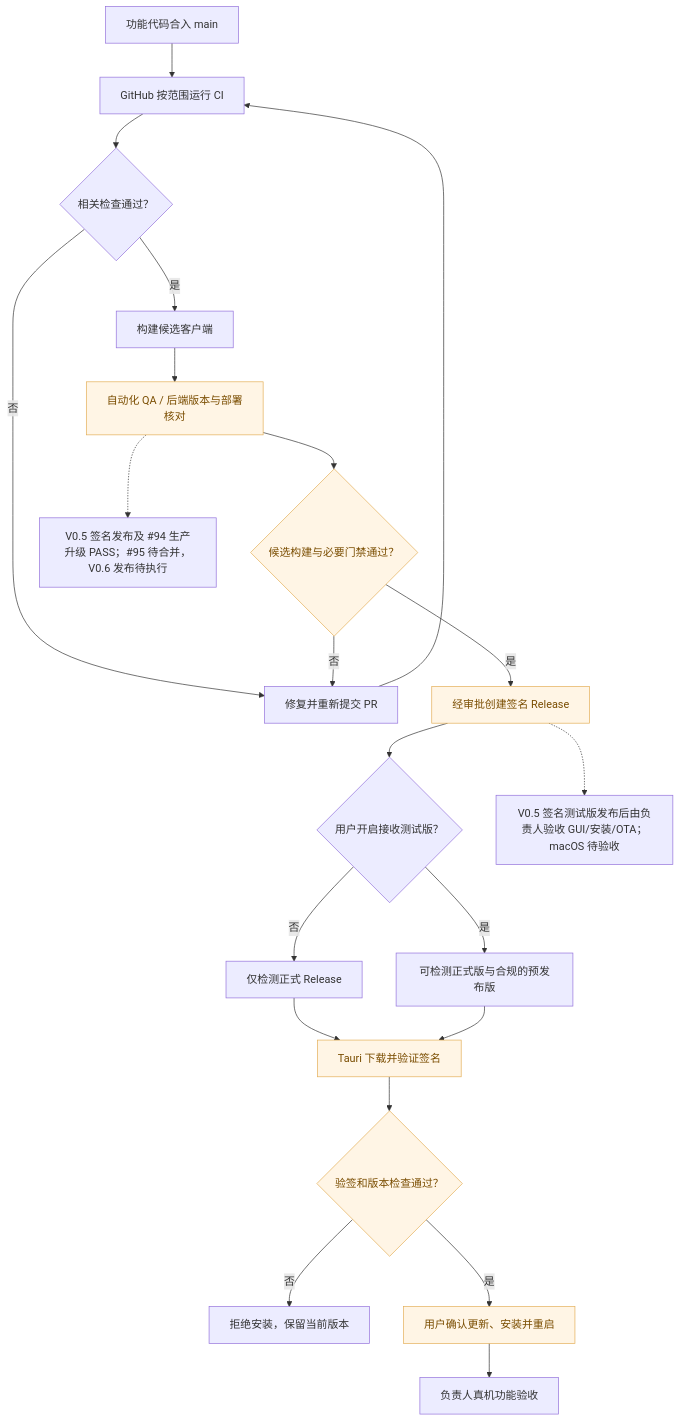
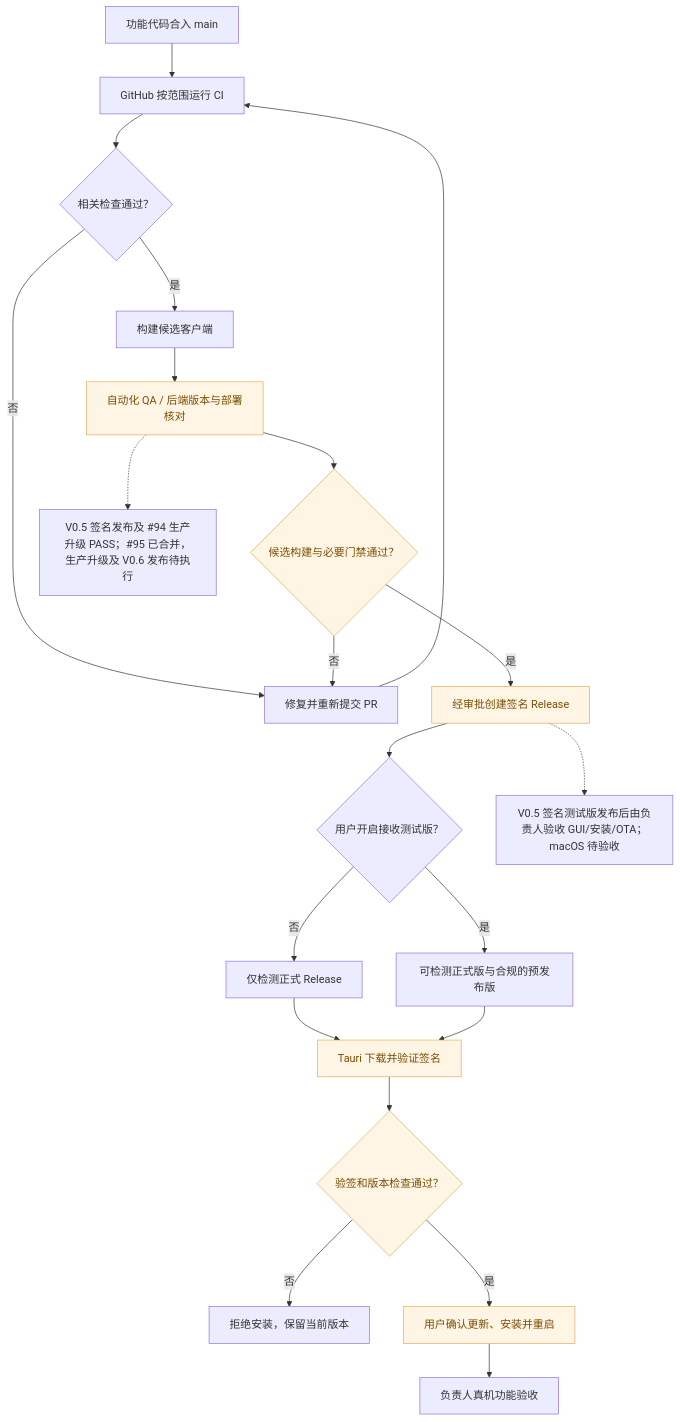
Before and after one commit to Fan6512/una-seller: the ninth of 9 diagrams in docs/product/FEATURE-STATUS.md, drawn with Mermaid. The commit also changed other lines of this file, not shown here.

```diff
--- a/docs/product/FEATURE-STATUS.md
+++ b/docs/product/FEATURE-STATUS.md
@@ -392,27 +393,27 @@
 ~~~mermaid
 flowchart TD
     A["功能代码合入 main"] --> B["GitHub 按范围运行 CI"]
     B --> C{"相关检查通过？"}
     C -->|否| D["修复并重新提交 PR"]
     D --> B
     C -->|是| E["构建候选客户端"]
     E --> F["自动化 QA / 后端版本与部署核对"]
     F --> G{"候选构建与必要门禁通过？"}
     G -->|否| D
     G -->|是| H["经审批创建签名 Release"]
     H --> I{"用户开启接收测试版？"}
     I -->|否| J["仅检测正式 Release"]
     I -->|是| K["可检测正式版与合规的预发布版"]
     J --> L["Tauri 下载并验证签名"]
     K --> L
     L --> M{"验签和版本检查通过？"}
     M -->|否| N["拒绝安装，保留当前版本"]
     M -->|是| O["用户确认更新、安装并重启"]
 
-    F -.-> P["V0.5 签名发布及 #94 生产升级 PASS；#95 待合并，V0.6 发布待执行"]
+    F -.-> P["V0.5 签名发布及 #94 生产升级 PASS；#95 已合并，生产升级及 V0.6 发布待执行"]
     H -.-> Q["V0.5 签名测试版发布后由负责人验收 GUI/安装/OTA；macOS 待验收"]
     O --> R["负责人真机功能验收"]
 
     classDef verify fill:#fff5e5,color:#7a4d00,stroke:#e3ae56
     class F,G,H,L,M,O verify
 ~~~
```
